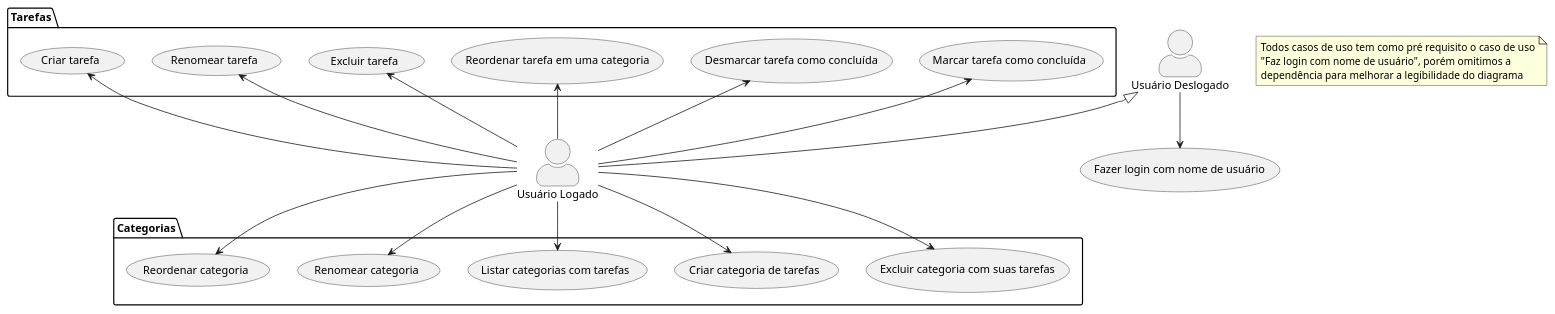
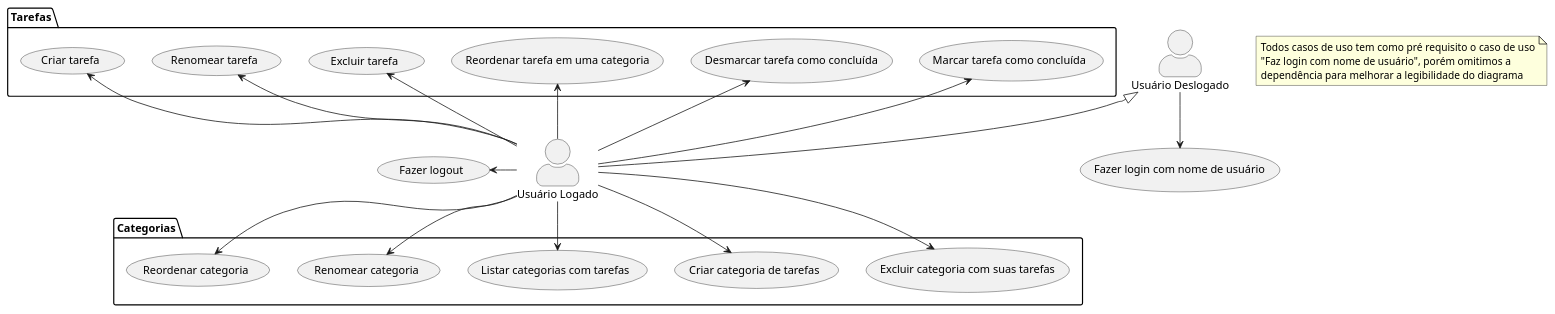
One commit to brunobmello25/sistema-web-SD changed the diagram in docs/casos-de-uso.puml. Above: the diagram before and after it, drawn with PlantUML. The commit also changed 1 other file, not shown here.

Commit message:
docs: adiciona caso de uso logout

```diff
--- a/docs/casos-de-uso.puml
+++ b/docs/casos-de-uso.puml
@@ -1,51 +1,53 @@
 @startuml
 
 skinparam actorStyle awesome
 
 "Fazer login com nome de usuário" as (fazerLogin)
+"Fazer logout" as (fazerLogout)
 
 package Categorias {
   "Criar categoria de tarefas" as (criarCategoria)
   "Listar categorias com tarefas" as (listarCategorias)
   "Renomear categoria" as (renomearCategoria)
   "Reordenar categoria" as (reordenarCategoria)
   "Excluir categoria com suas tarefas" as (excluirCategoria)
 }
 
 package Tarefas {
   "Criar tarefa" as (criarTarefa)
   "Renomear tarefa" as (renomearTarefa)
   "Excluir tarefa" as (excluirTarefa)
   "Marcar tarefa como concluída" as (marcarTarefaConcluida)
   "Desmarcar tarefa como concluída" as (desmarcarTarefaConcluida)
   "Reordenar tarefa em uma categoria" as (reordenarTarefa)
 }
 
 "Usuário Deslogado" as usuarioDeslogado
 "Usuário Logado" as usuarioLogado
 
 usuarioDeslogado <|-- usuarioLogado
 
 usuarioDeslogado -down-> (fazerLogin)
 
 usuarioLogado -down-> (criarCategoria)
 usuarioLogado -down-> (listarCategorias)
 usuarioLogado -down-> (renomearCategoria)
 usuarioLogado -down-> (reordenarCategoria)
 usuarioLogado -up-> (excluirCategoria)
 
 usuarioLogado -up-> (criarTarefa)
 usuarioLogado -up-> (renomearTarefa)
 usuarioLogado -up-> (excluirTarefa)
 
 usuarioLogado -left-> (marcarTarefaConcluida)
 usuarioLogado -left-> (desmarcarTarefaConcluida)
 usuarioLogado -left-> (reordenarTarefa)
+usuarioLogado -left-> (fazerLogout)
 
 note as N1
   Todos casos de uso tem como pré requisito o caso de uso
   "Faz login com nome de usuário", porém omitimos a
   dependência para melhorar a legibilidade do diagrama
 end note
 
 @enduml
```
